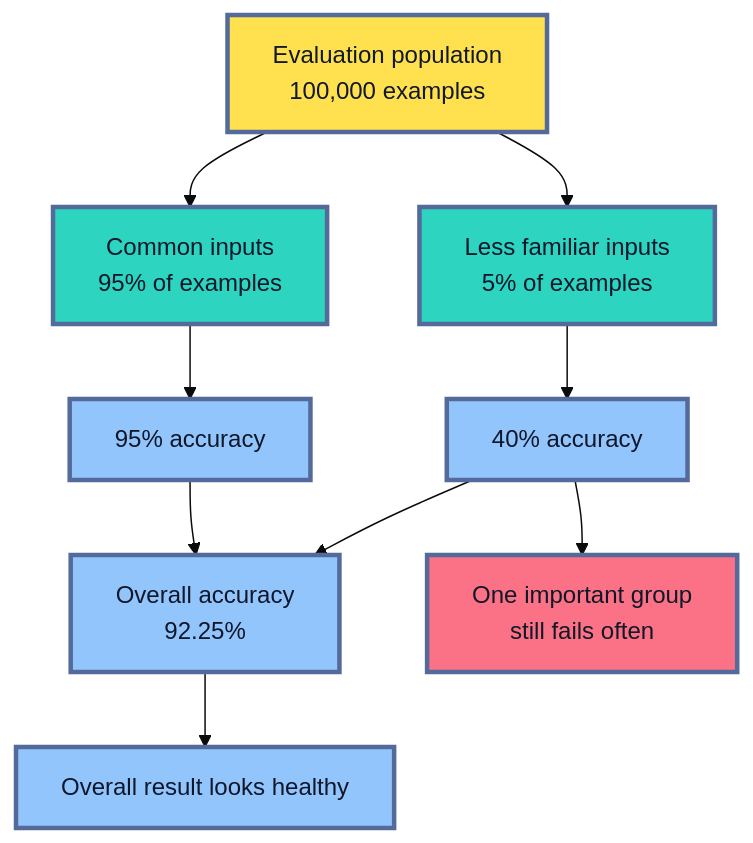
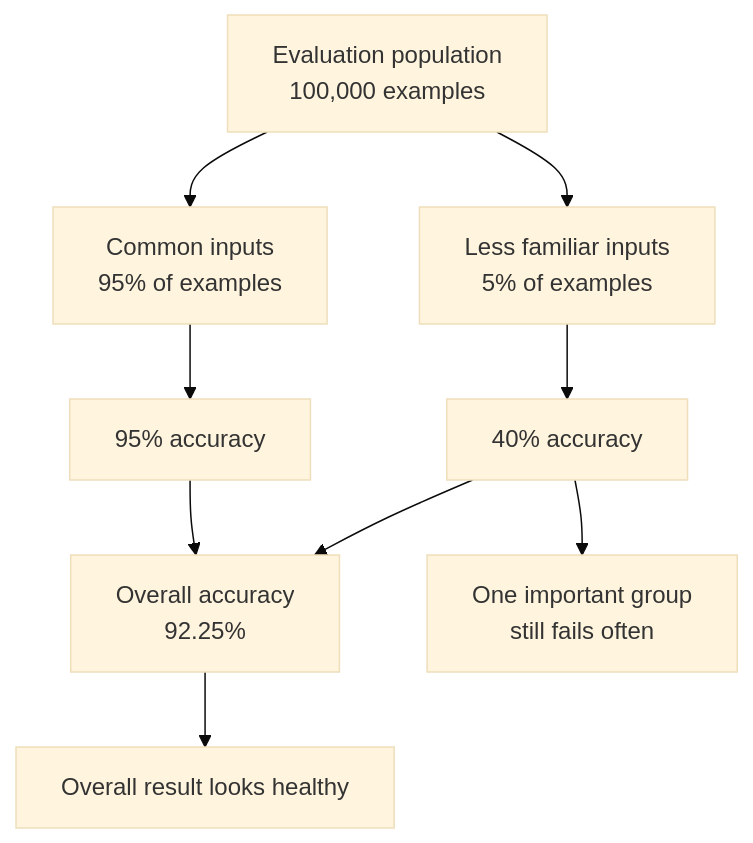
One commit to senlinyy/dev-roadmaps changed the first of 12 diagrams in roadmaps/mlops/modules/model-evaluation/production-readiness/01-segment-evaluation-edge-cases.md. Above: the diagram before and after it, drawn with Mermaid (base theme). The commit also changed other lines of this file and 152 other files, not shown here.

Commit message:
feat: mlops and diagrams updated

````diff
--- a/roadmaps/mlops/modules/model-evaluation/production-readiness/01-segment-evaluation-edge-cases.md
+++ b/roadmaps/mlops/modules/model-evaluation/production-readiness/01-segment-evaluation-edge-cases.md
@@ -53,20 +53,16 @@
 ```mermaid
 flowchart TD
     A["Evaluation population<br/>100,000 examples"] --> B["Common inputs<br/>95% of examples"]
     A --> C["Less familiar inputs<br/>5% of examples"]
     B --> D["95% accuracy"]
     C --> E["40% accuracy"]
     D --> F["Overall accuracy<br/>92.25%"]
     E --> F
     F --> G["Overall result looks healthy"]
     E --> H["One important group<br/>still fails often"]
 
-    classDef population fill:#FFE04F,stroke:#536A9A,stroke-width:3px,color:#111827
-    classDef group fill:#2DD4BF,stroke:#536A9A,stroke-width:3px,color:#0F172A
-    classDef result fill:#93C5FD,stroke:#536A9A,stroke-width:3px,color:#0F172A
-    classDef risk fill:#FB7185,stroke:#536A9A,stroke-width:3px,color:#111827
     class A population
     class B,C group
     class D,E,F,G result
     class H risk
 ```
````
